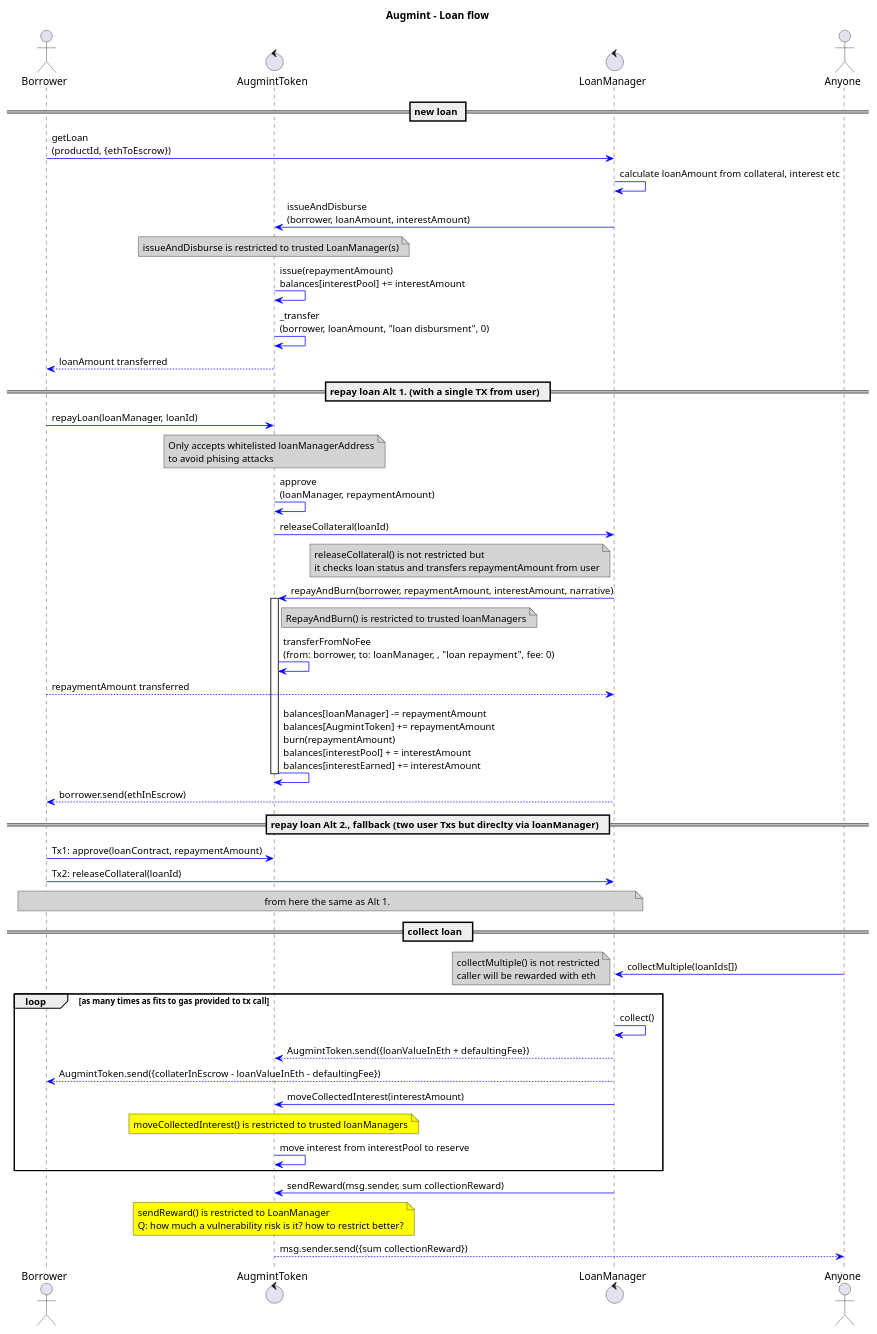
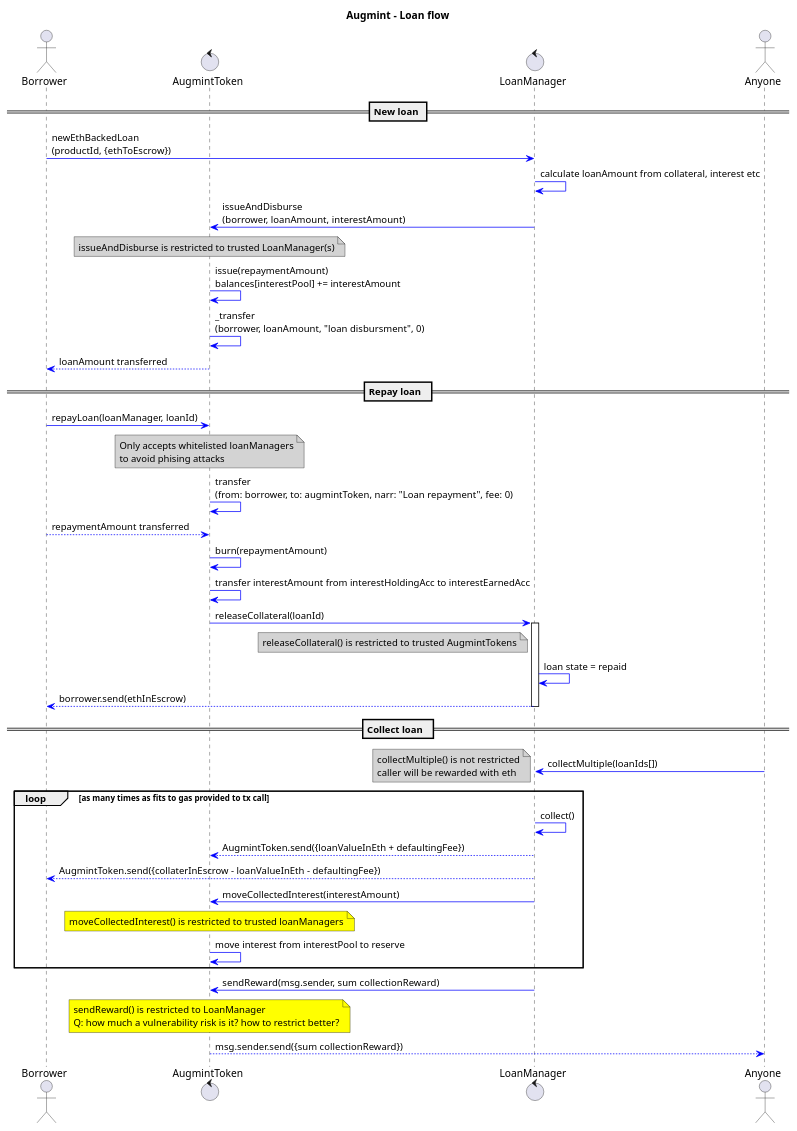
One commit to Augmint/augmint-web changed the diagram in docs/loanFlow.plantuml. Above: the diagram before and after it, drawn with PlantUML. The commit also changed 9 other files, not shown here.

Commit message:
loanManager refactor: reapy only through AugmintToken

```diff
--- a/docs/loanFlow.plantuml
+++ b/docs/loanFlow.plantuml
@@ -1,72 +1,60 @@
 @startuml
 title **Augmint** - Loan flow
 skinparam ArrowColor #blue
 skinparam noteBackgroundColor #lightgrey
 actor Borrower
 control AugmintToken
 control LoanManager
 actor Anyone
-== new loan ==
-Borrower -> LoanManager : getLoan\n(productId, {ethToEscrow})
+== New loan ==
+Borrower -> LoanManager : newEthBackedLoan\n(productId, {ethToEscrow})
 LoanManager -> LoanManager : calculate loanAmount from collateral, interest etc
 LoanManager -> AugmintToken : issueAndDisburse\n(borrower, loanAmount, interestAmount)
 note over AugmintToken
 issueAndDisburse is restricted to trusted LoanManager(s)
 end note
 AugmintToken -> AugmintToken : issue(repaymentAmount)\nbalances[interestPool] += interestAmount
 AugmintToken -> AugmintToken : _transfer\n(borrower, loanAmount, "loan disbursment", 0)
 AugmintToken --> Borrower : loanAmount transferred
 
-== repay loan Alt 1. (with a single TX from user)  ==
+== Repay loan  ==
 Borrower -> AugmintToken : repayLoan(loanManager, loanId)
 note over AugmintToken
-    Only accepts whitelisted loanManagerAddress
+    Only accepts whitelisted loanManagers
     to avoid phising attacks
 end note
-AugmintToken -> AugmintToken : approve\n(loanManager, repaymentAmount)
-
+AugmintToken -> AugmintToken : transfer\n(from: borrower, to: augmintToken, narr: "Loan repayment", fee: 0)
+Borrower --> AugmintToken : repaymentAmount transferred
+AugmintToken -> AugmintToken : burn(repaymentAmount)
+AugmintToken -> AugmintToken : transfer interestAmount from interestHoldingAcc to interestEarnedAcc
 AugmintToken -> LoanManager : releaseCollateral(loanId)
 note left LoanManager
-    releaseCollateral() is not restricted but
-    it checks loan status and transfers repaymentAmount from user
+    releaseCollateral() is restricted to trusted AugmintTokens
 end note
-LoanManager -> AugmintToken : repayAndBurn(borrower, repaymentAmount, interestAmount, narrative)
-note right AugmintToken
-    RepayAndBurn() is restricted to trusted loanManagers
-end note
-activate AugmintToken
-AugmintToken -> AugmintToken : transferFromNoFee\n(from: borrower, to: loanManager, , "loan repayment", fee: 0)
-Borrower --> LoanManager : repaymentAmount transferred
-AugmintToken -> AugmintToken : balances[loanManager] -= repaymentAmount\nbalances[AugmintToken] += repaymentAmount\nburn(repaymentAmount)\nbalances[interestPool] + = interestAmount\nbalances[interestEarned] += interestAmount
-deactivate AugmintToken
+activate LoanManager
+LoanManager -> LoanManager : loan state = repaid
 LoanManager --> Borrower : borrower.send(ethInEscrow)
-
-== repay loan Alt 2., fallback (two user Txs but direclty via loanManager)  ==
-Borrower -> AugmintToken : Tx1: approve(loanContract, repaymentAmount)
-Borrower -> LoanManager : Tx2: releaseCollateral(loanId)
-note over Borrower, LoanManager
-    from here the same as Alt 1.
-end note
-== collect loan  ==
+deactivate LoanManager
+== Collect loan  ==
 Anyone -> LoanManager : collectMultiple(loanIds[])
 note left
     collectMultiple() is not restricted
     caller will be rewarded with eth
 end note
 loop as many times as fits to gas provided to tx call
     LoanManager -> LoanManager : collect()
     LoanManager --> AugmintToken : AugmintToken.send({loanValueInEth + defaultingFee})
     LoanManager --> Borrower : AugmintToken.send({collaterInEscrow - loanValueInEth - defaultingFee})
     LoanManager -> AugmintToken : moveCollectedInterest(interestAmount)
     note over AugmintToken #yellow
     moveCollectedInterest() is restricted to trusted loanManagers
     end note
     AugmintToken -> AugmintToken : move interest from interestPool to reserve
 end
 LoanManager -> AugmintToken : sendReward(msg.sender, sum collectionReward)
 note over AugmintToken #yellow
     sendReward() is restricted to LoanManager
     Q: how much a vulnerability risk is it? how to restrict better?
 end note
 AugmintToken --> Anyone : msg.sender.send({sum collectionReward})
 @enduml
```
